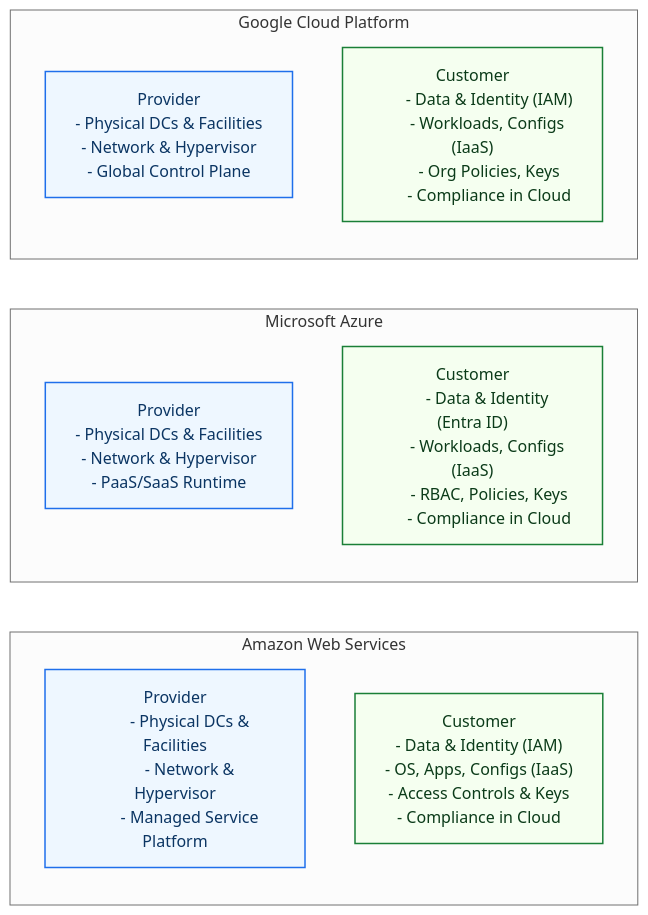
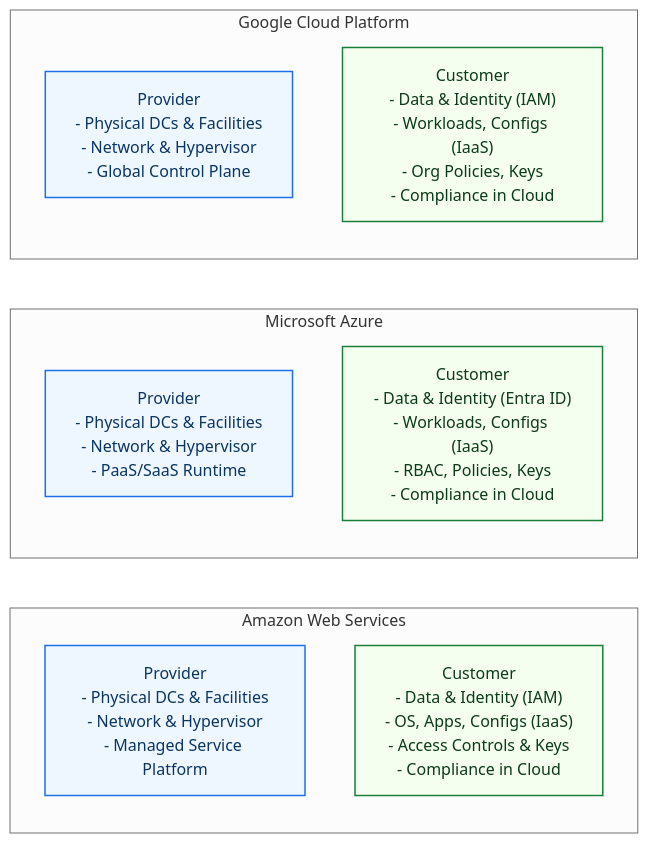
Before and after one commit to Olagoldstx/Cloud-Security-: the diagram in README.md, drawn with Mermaid (neutral theme).

````diff
--- a/README.md
+++ b/README.md
@@ -1,39 +1,21 @@
 ```mermaid
 flowchart LR
     %% Shared Responsibility: Provider vs Customer (AWS, Azure, GCP)
     subgraph AWS[Amazon Web Services]
-        AProv["Provider
-        - Physical DCs & Facilities
-        - Network & Hypervisor
-        - Managed Service Platform"]:::prov
-        ACust["Customer
-        - Data & Identity (IAM)
-        - OS, Apps, Configs (IaaS)
-        - Access Controls & Keys
-        - Compliance in Cloud"]:::cust
+        AProv["Provider<br/>- Physical DCs & Facilities<br/>- Network & Hypervisor<br/>- Managed Service Platform"]:::prov
+        ACust["Customer<br/>- Data & Identity (IAM)<br/>- OS, Apps, Configs (IaaS)<br/>- Access Controls & Keys<br/>- Compliance in Cloud"]:::cust
     end
+    
     subgraph AZ[Microsoft Azure]
-        ZProv["Provider
-        - Physical DCs & Facilities
-        - Network & Hypervisor
-        - PaaS/SaaS Runtime"]:::prov
-        ZCust["Customer
-        - Data & Identity (Entra ID)
-        - Workloads, Configs (IaaS)
-        - RBAC, Policies, Keys
-        - Compliance in Cloud"]:::cust
+        ZProv["Provider<br/>- Physical DCs & Facilities<br/>- Network & Hypervisor<br/>- PaaS/SaaS Runtime"]:::prov
+        ZCust["Customer<br/>- Data & Identity (Entra ID)<br/>- Workloads, Configs (IaaS)<br/>- RBAC, Policies, Keys<br/>- Compliance in Cloud"]:::cust
     end
+    
     subgraph GCP[Google Cloud Platform]
-        GProv["Provider
-        - Physical DCs & Facilities
-        - Network & Hypervisor
-        - Global Control Plane"]:::prov
-        GCust["Customer
-        - Data & Identity (IAM)
-        - Workloads, Configs (IaaS)
-        - Org Policies, Keys
-        - Compliance in Cloud"]:::cust
+        GProv["Provider<br/>- Physical DCs & Facilities<br/>- Network & Hypervisor<br/>- Global Control Plane"]:::prov
+        GCust["Customer<br/>- Data & Identity (IAM)<br/>- Workloads, Configs (IaaS)<br/>- Org Policies, Keys<br/>- Compliance in Cloud"]:::cust
     end
+    
     classDef prov fill:#eef7ff,stroke:#1f6feb,stroke-width:1.5px,color:#0b3563
     classDef cust fill:#f5fff0,stroke:#1a7f37,stroke-width:1.5px,color:#0b3b19
 ```
````
